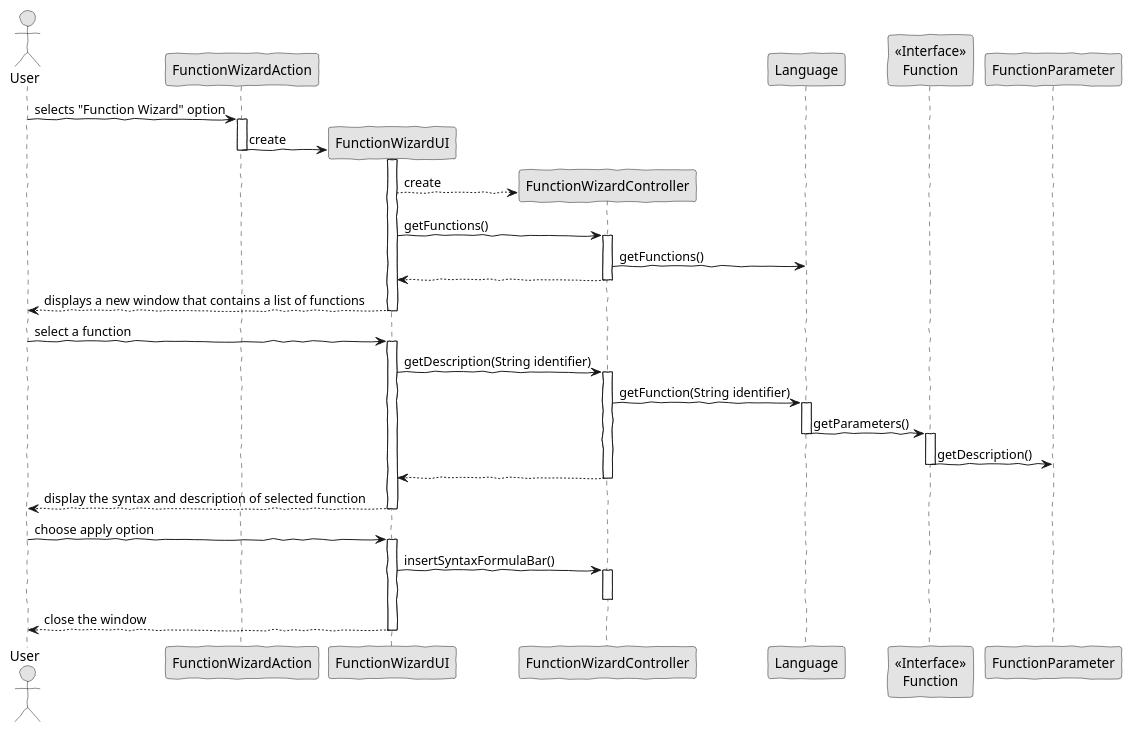
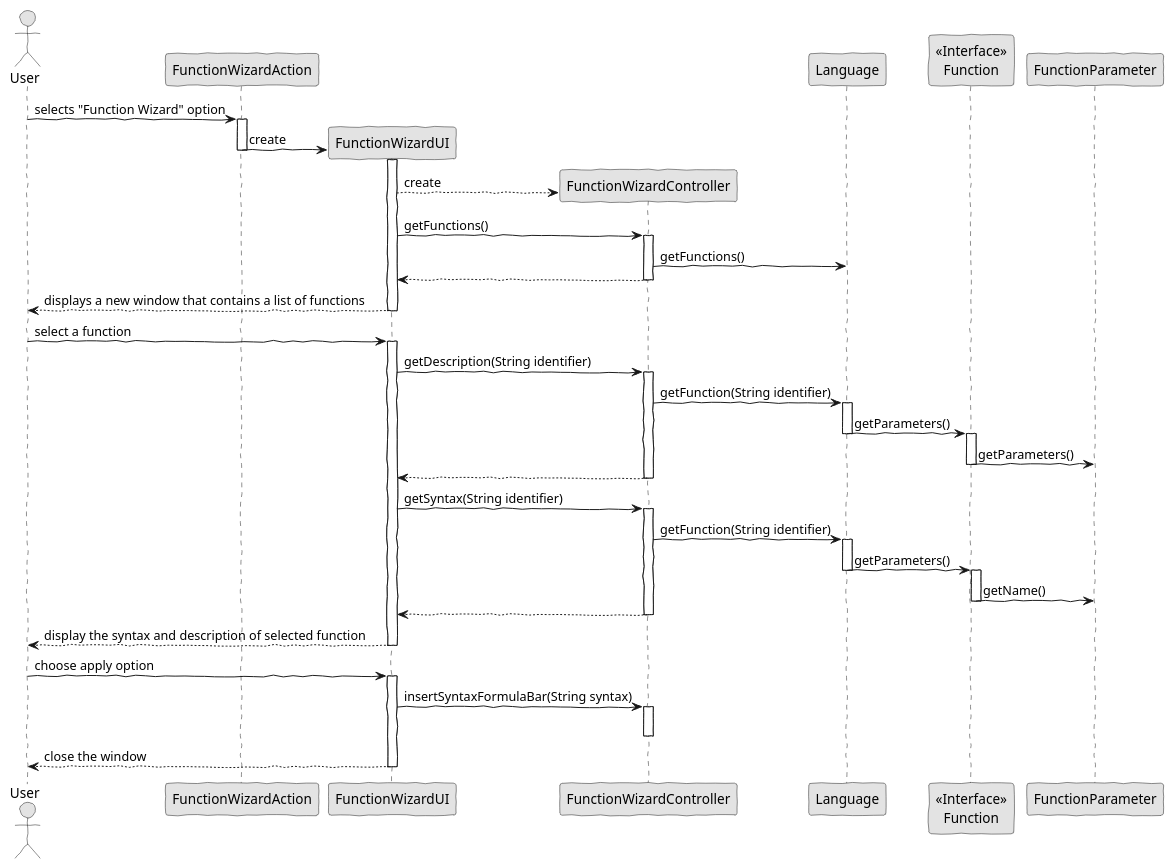
Before and after one commit to MikeTekOn/lapr4-2017-2dd: the diagram in src/main/java/lapr4/blue/s1/lang/n1060503/functionWizard/sd_insert_function_basic_wizard.puml, drawn with PlantUML. The commit also changed 6 other files, not shown here.

```diff
--- a/src/main/java/lapr4/blue/s1/lang/n1060503/functionWizard/sd_insert_function_basic_wizard.puml
+++ b/src/main/java/lapr4/blue/s1/lang/n1060503/functionWizard/sd_insert_function_basic_wizard.puml
@@ -1,58 +1,71 @@
 @startuml ssd_insert_function_basic_wizard.png
 skinparam handwritten true
 skinparam monochrome true
 skinparam packageStyle rect
 skinparam defaultFontName FG Virgil
 skinparam shadowing false
 
 actor User 
 participant "FunctionWizardAction" as Action
 participant "FunctionWizardUI" as UI
 participant "FunctionWizardController" as CRTL
 
 User -> Action : selects "Function Wizard" option
 activate Action
 create UI
 
 Action -> UI : create
 deactivate Action
 activate UI
 create CRTL
 UI --> CRTL : create
 UI -> CRTL : getFunctions()
 activate CRTL
 CRTL -> Language : getFunctions()
 CRTL --> UI : 
 deactivate CRTL
 UI --> User : displays a new window that contains a list of functions 
 deactivate UI
 
 User -> UI : select a function
 activate UI
 UI -> CRTL : getDescription(String identifier)
 activate CRTL
 participant "<<Interface>>\nFunction" as Function
 CRTL -> Language : getFunction(String identifier)
 activate Language
 Language -> Function : getParameters()
 deactivate Language
 activate Function
-Function -> FunctionParameter : getDescription()
+Function -> FunctionParameter : getParameters()
+deactivate Function
+CRTL --> UI :
+deactivate CRTL
+UI -> CRTL : getSyntax(String identifier)
+activate CRTL
+CRTL -> Language : getFunction(String identifier)
+
+activate Language
+Language -> Function : getParameters()
+deactivate Language
+activate Function
+activate Function
+Function -> FunctionParameter : getName()
 deactivate Function
 CRTL --> UI :
 deactivate CRTL
 UI --> User : display the syntax and description of selected function
 deactivate UI
 
 User -> UI : choose apply option
 activate UI
-UI -> CRTL : insertSyntaxFormulaBar()
+UI -> CRTL : insertSyntaxFormulaBar(String syntax)
 
 activate CRTL
 deactivate CRTL
 
 UI --> User : close the window
 deactivate UI
 
 
 @enduml
```
